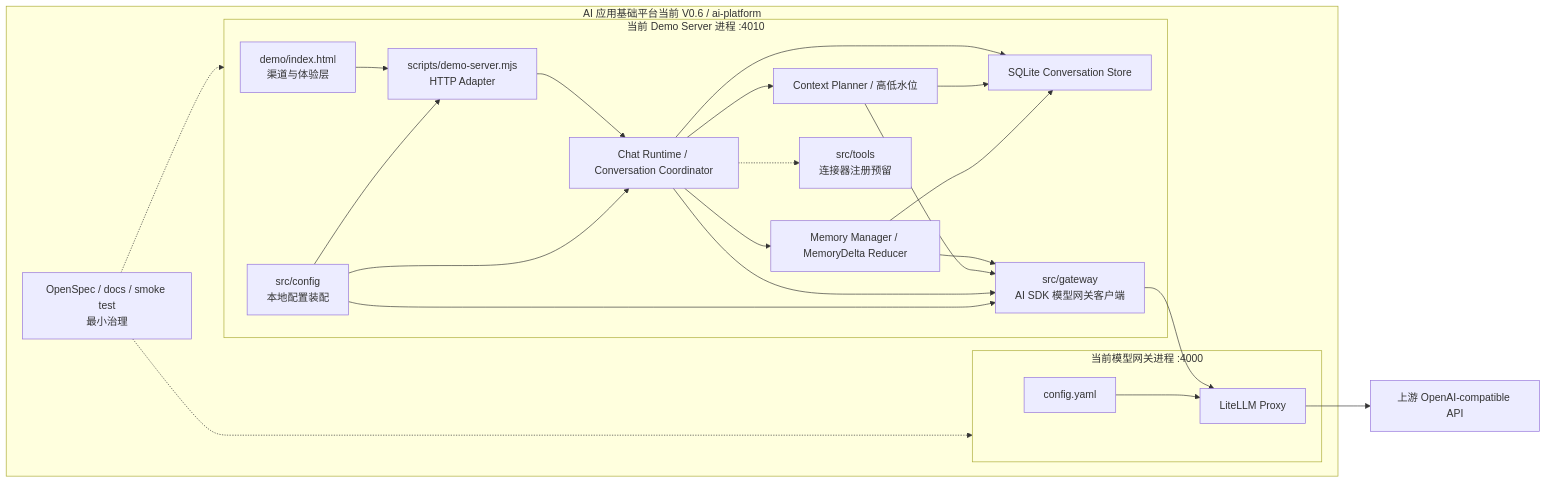
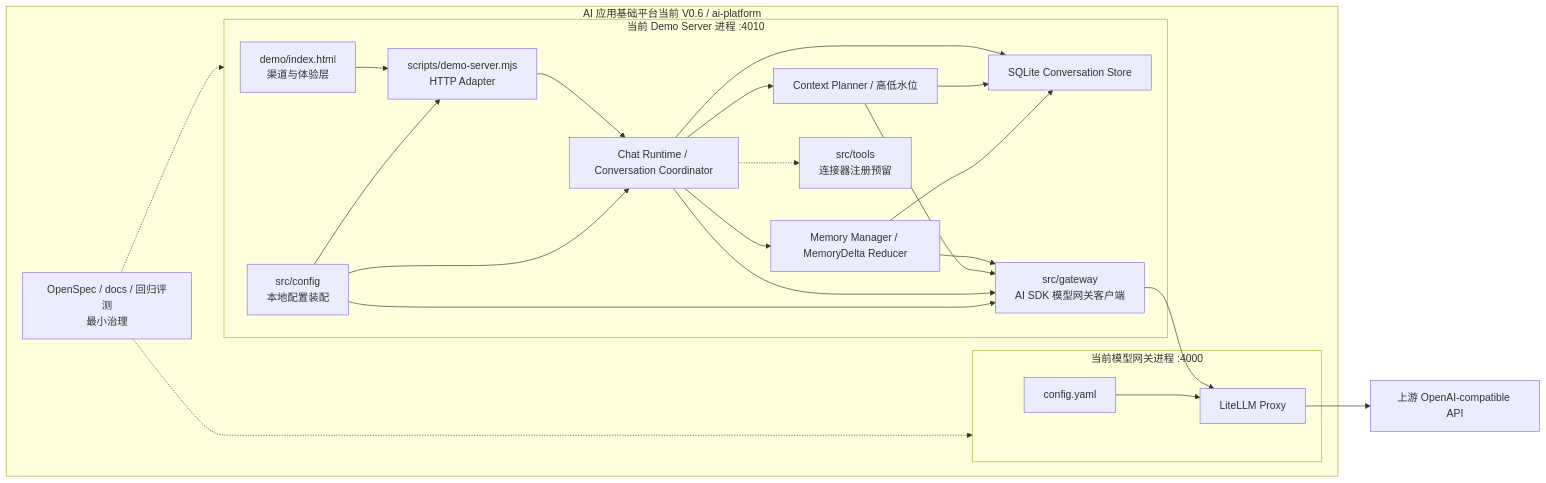
Before and after one commit to leidaibo-lab/ai-platform: the second of 2 diagrams in docs/ai-structure.md, drawn with Mermaid. The commit also changed other lines of this file and 18 other files, not shown here.

````diff
--- a/docs/ai-structure.md
+++ b/docs/ai-structure.md
@@ -249,45 +249,45 @@
 ```mermaid
 flowchart LR
   subgraph CurrentPlatform["AI 应用基础平台当前 V0.6 / ai-platform"]
     subgraph CurrentProcess["当前 Demo Server 进程 :4010"]
       DemoUi["demo/index.html<br/>渠道与体验层"]
       HttpAdapter["scripts/demo-server.mjs<br/>HTTP Adapter"]
       RuntimeCode["Chat Runtime / Conversation Coordinator"]
       ContextPlanner["Context Planner / 高低水位"]
       MemoryManager["Memory Manager / MemoryDelta Reducer"]
       ConversationStore["SQLite Conversation Store"]
       ToolRegistry["src/tools<br/>连接器注册预留"]
       GatewayClient["src/gateway<br/>AI SDK 模型网关客户端"]
       ConfigLoader["src/config<br/>本地配置装配"]
     end
 
     subgraph GatewayProcess["当前模型网关进程 :4000"]
       LiteLLM["LiteLLM Proxy"]
       GatewayConfig["config.yaml"]
     end
 
-    Contract["OpenSpec / docs / smoke test<br/>最小治理"]
+    Contract["OpenSpec / docs / 回归评测<br/>最小治理"]
   end
 
   Upstream["上游 OpenAI-compatible API"]
 
   DemoUi --> HttpAdapter
   HttpAdapter --> RuntimeCode
   RuntimeCode --> ContextPlanner
   RuntimeCode --> MemoryManager
   RuntimeCode --> ConversationStore
   ContextPlanner --> ConversationStore
   MemoryManager --> ConversationStore
   MemoryManager --> GatewayClient
   ContextPlanner --> GatewayClient
   RuntimeCode -.-> ToolRegistry
   RuntimeCode --> GatewayClient
   GatewayClient --> LiteLLM
   GatewayConfig --> LiteLLM
   LiteLLM --> Upstream
   ConfigLoader --> HttpAdapter
   ConfigLoader --> RuntimeCode
   ConfigLoader --> GatewayClient
   Contract -.-> CurrentProcess
   Contract -.-> GatewayProcess
 ```
````
